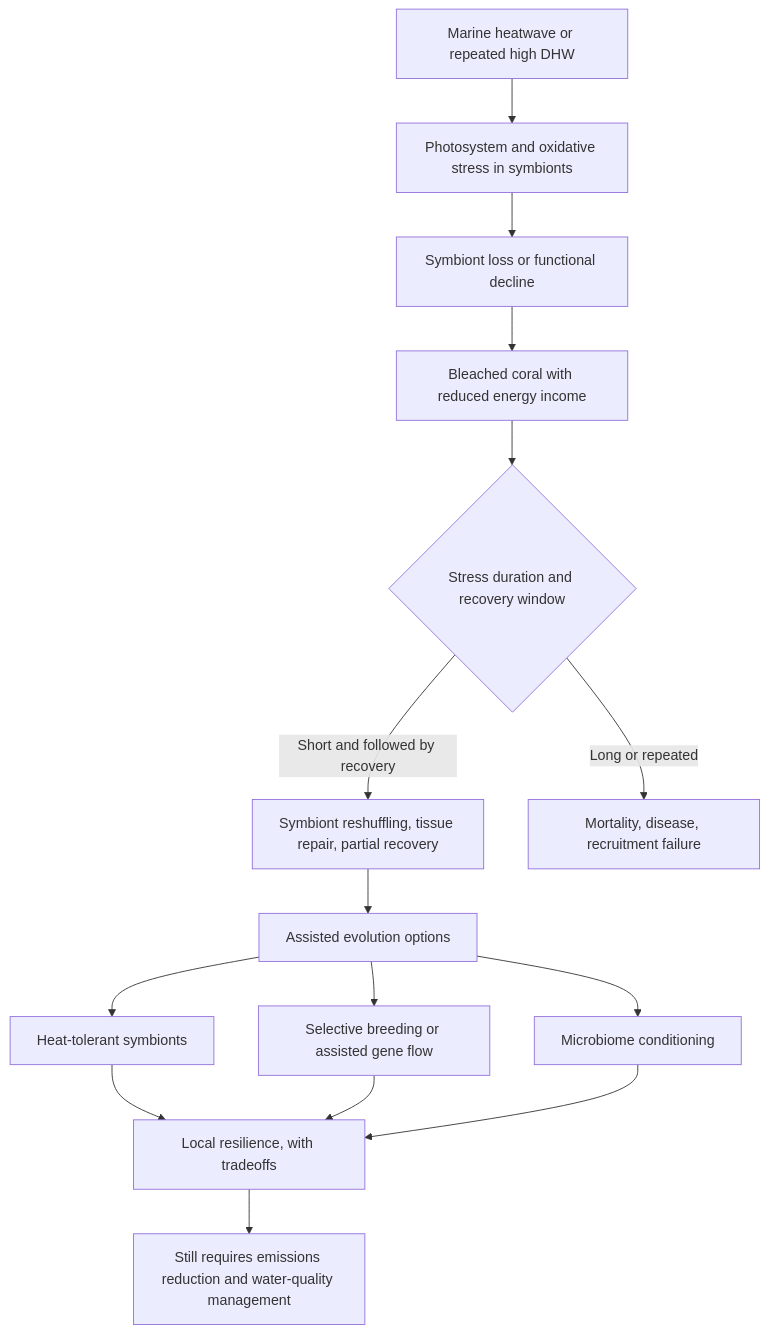
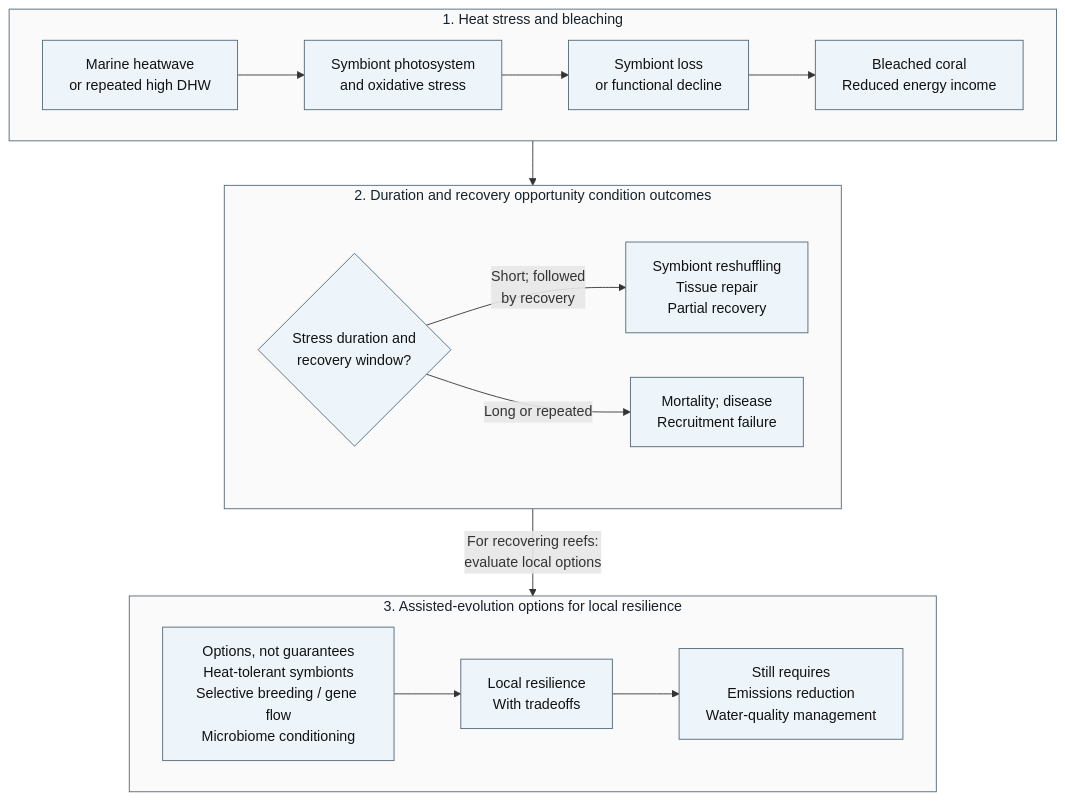
One commit to docxology/biology_textbook changed the first of 6 diagrams in docs/manuscript/unit_X/biomes_and_conservation.md. Above: the diagram before and after it, drawn with Mermaid. The commit also changed other lines of this file and 41 other files, not shown here.

````diff
--- a/docs/manuscript/unit_X/biomes_and_conservation.md
+++ b/docs/manuscript/unit_X/biomes_and_conservation.md
@@ -118,17 +118,29 @@
 ```mermaid
+---
+config:
+  layout: dagre
+---
 flowchart TD
-    A["Marine heatwave or repeated high DHW"] --> B["Photosystem and oxidative stress in symbionts"]
-    B --> C["Symbiont loss or functional decline"]
-    C --> D["Bleached coral with reduced energy income"]
-    D --> E{"Stress duration and recovery window"}
-    E -->|"Short and followed by recovery"| F["Symbiont reshuffling, tissue repair, partial recovery"]
-    E -->|"Long or repeated"| G["Mortality, disease, recruitment failure"]
-    F --> H["Assisted evolution options"]
-    H --> I["Heat-tolerant symbionts"]
-    H --> J["Selective breeding or assisted gene flow"]
-    H --> K["Microbiome conditioning"]
-    I --> L["Local resilience, with tradeoffs"]
-    J --> L
-    K --> L
-    L --> M["Still requires emissions reduction and water-quality management"]
+    subgraph Stress["1. Heat stress and bleaching"]
+        direction LR
+        A["Marine heatwave<br/>or repeated high DHW"] --> B["Symbiont photosystem<br/>and oxidative stress"]
+        B --> C["Symbiont loss<br/>or functional decline"] --> D["Bleached coral<br/>Reduced energy income"]
+    end
+    subgraph Recovery["2. Duration and recovery opportunity condition outcomes"]
+        direction LR
+        E{"Stress duration and<br/>recovery window?"} -->|"Short; followed<br/>by recovery"| F["Symbiont reshuffling<br/>Tissue repair<br/>Partial recovery"]
+        E -->|"Long or repeated"| G["Mortality; disease<br/>Recruitment failure"]
+    end
+    subgraph Intervention["3. Assisted-evolution options for local resilience"]
+        direction LR
+        H["Options, not guarantees<br/>Heat-tolerant symbionts<br/>Selective breeding / gene flow<br/>Microbiome conditioning"] --> L["Local resilience<br/>With tradeoffs"]
+        L --> M["Still requires<br/>Emissions reduction<br/>Water-quality management"]
+    end
+    Stress --> Recovery
+    Recovery -->|"For recovering reefs:<br/>evaluate local options"| Intervention
+    classDef readable fill:#eef5fa,stroke:#526777,color:#111111
+    class A,B,C,D,E,F,G,H,L,M readable
+    style Stress fill:#fafafa,stroke:#526777,color:#17212b
+    style Recovery fill:#fafafa,stroke:#526777,color:#17212b
+    style Intervention fill:#fafafa,stroke:#526777,color:#17212b
 ```
````
